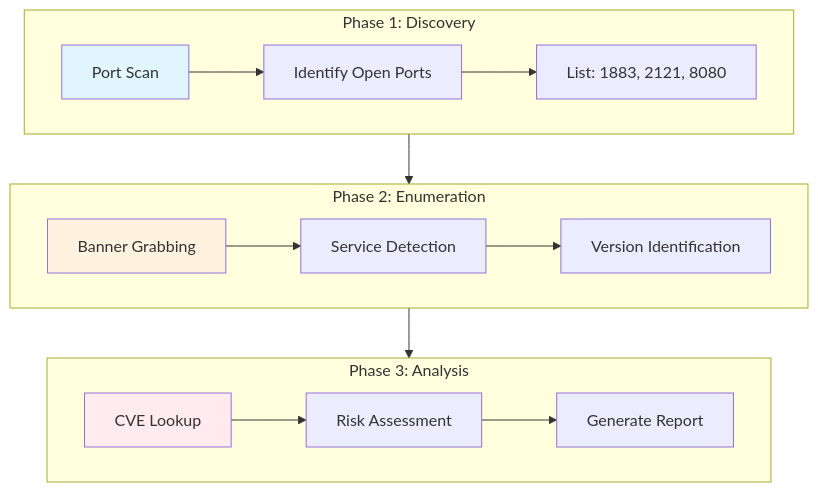
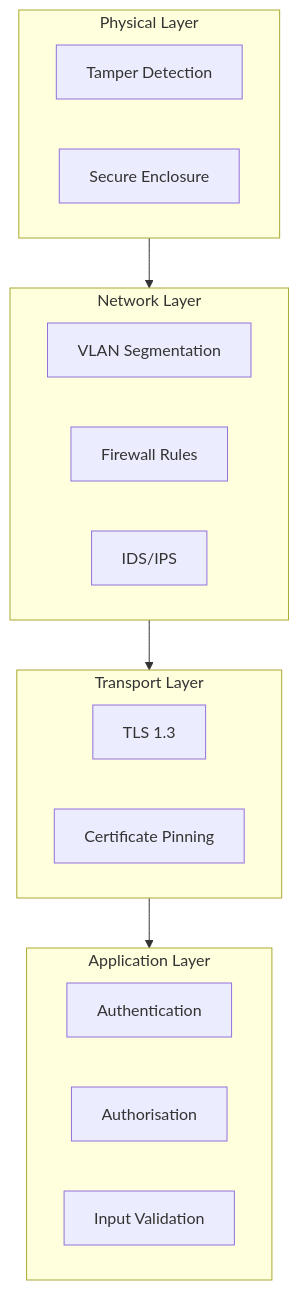
The sixth of 7 diagrams in 13enWSL/docs/images/architecture_week13.md (antonioclim/netENwsl), drawn with Mermaid before and after one commit. The commit also changed other lines of this file and 11 other files, not shown here.

````diff
--- a/13enWSL/docs/images/architecture_week13.md
+++ b/13enWSL/docs/images/architecture_week13.md
@@ -146,24 +129,26 @@
 ```mermaid
 flowchart TB
-    subgraph Phase1["Phase 1: Discovery"]
-        A1[Port Scan] --> A2[Identify Open Ports]
-        A2 --> A3[List: 1883, 2121, 8080]
+    subgraph Physical["Physical Layer"]
+        P1[Tamper Detection]
+        P2[Secure Enclosure]
     end
     
-    subgraph Phase2["Phase 2: Enumeration"]
-        B1[Banner Grabbing] --> B2[Service Detection]
-        B2 --> B3[Version Identification]
+    subgraph Network["Network Layer"]
+        N1[VLAN Segmentation]
+        N2[Firewall Rules]
+        N3[IDS/IPS]
     end
     
-    subgraph Phase3["Phase 3: Analysis"]
-        C1[CVE Lookup] --> C2[Risk Assessment]
-        C2 --> C3[Generate Report]
+    subgraph Transport["Transport Layer"]
+        T1[TLS 1.3]
+        T2[Certificate Pinning]
     end
     
-    Phase1 --> Phase2
-    Phase2 --> Phase3
+    subgraph Application["Application Layer"]
+        A1[Authentication]
+        A2[Authorisation]
+        A3[Input Validation]
+    end
     
-    style A1 fill:#e1f5fe
-    style B1 fill:#fff3e0
-    style C1 fill:#ffebee
+    Physical --> Network --> Transport --> Application
 ```
````
